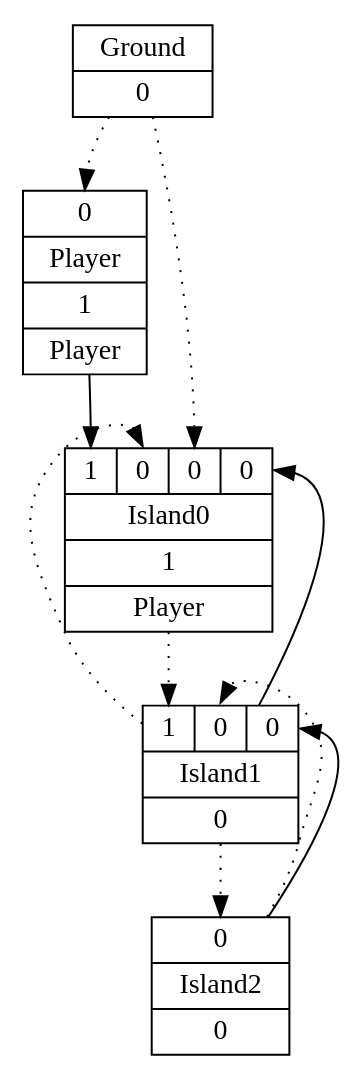
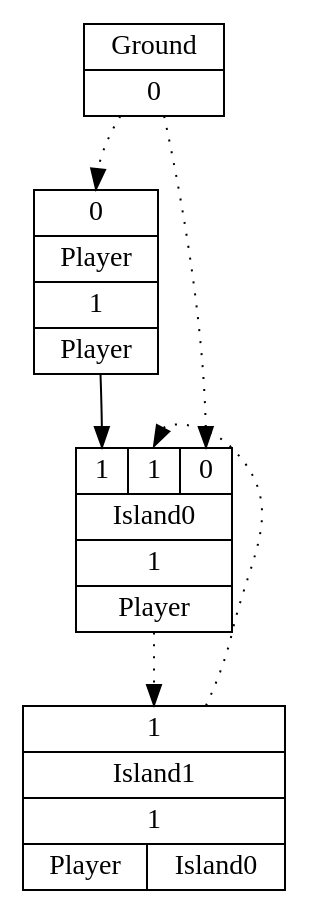
The diagram in mid/19/graph_3.gv (increpare/AbstractPropagationSim), drawn with Graphviz before and after one commit. The commit also changed 11 other files, not shown here.

```diff
--- a/mid/19/graph_3.gv
+++ b/mid/19/graph_3.gv
@@ -1,17 +1,12 @@
 digraph G {
 node [shape=record];
 Player[ label ="{{<GroundP>0}|{Player}|<PlayerOUT>1|{Player}}"];
 Ground[ label ="{{Ground}|<GroundOUT>0}"];
-Island0[ label ="{{<Player>1|<Island1P>0|<GroundP>0|<Island1>0}|{Island0}|<Island0OUT>1|{Player}}"];
-Island1[ label ="{{<Island0P>1|<Island2P>0|<Island2>0}|{Island1}|<Island1OUT>0}"];
-Island2[ label ="{{<Island1P>0}|{Island2}|<Island2OUT>0}"];
+Island0[ label ="{{<Player>1|<Island1P>1|<GroundP>0}|{Island0}|<Island0OUT>1|{Player}}"];
+Island1[ label ="{{<Island0P>1}|{Island1}|<Island1OUT>1|{Player|Island0}}"];
 	"Ground" -> "Player":GroundP [style=dotted];
 	"Player" -> "Island0":Player;
 	"Island1" -> "Island0":Island1P [style=dotted];
 	"Ground" -> "Island0":GroundP [style=dotted];
 	"Island0" -> "Island1":Island0P [style=dotted];
-	"Island2" -> "Island1":Island2P [style=dotted];
-	"Island1" -> "Island2":Island1P [style=dotted];
-	"Island1" -> "Island0":Island1;
-	"Island2" -> "Island1":Island2;
 }
```
